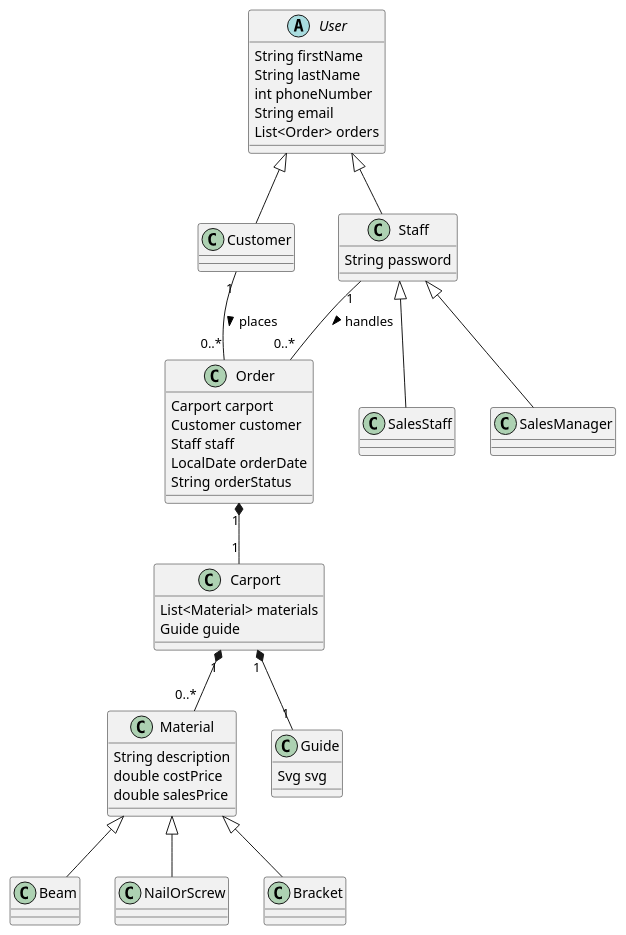
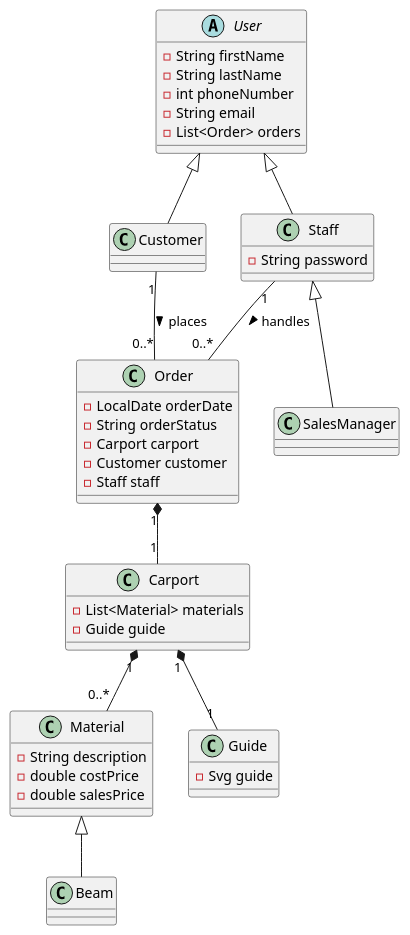
The diagram in docs/diagrams/ClassDiagram.puml (Styrse/Carport), drawn with PlantUML before and after one commit. The commit also changed 4 other files, not shown here.

Commit message:
ERD and Class diagram

```diff
--- a/docs/diagrams/ClassDiagram.puml
+++ b/docs/diagrams/ClassDiagram.puml
@@ -1,53 +1,51 @@
 @startuml
 
 abstract class User {
-  String firstName
-  String lastName
-  int phoneNumber
-  String email
-  List<Order> orders
+  - String firstName
+  - String lastName
+  - int phoneNumber
+  - String email
+  - List<Order> orders
 }
 
 class Customer extends User
 
 class Staff extends User {
-  String password
+  - String password
 }
 
-class SalesStaff extends Staff
 class SalesManager extends Staff
 
+class Order {
+  - LocalDate orderDate
+  - String orderStatus
+  - Carport carport
+  - Customer customer
+  - Staff staff
+}
+
+class Carport {
+  - List<Material> materials
+  - Guide guide
+}
+
 class Material {
-  String description
-  double costPrice
-  double salesPrice
+  - String description
+  - double costPrice
+  - double salesPrice
 }
 
 class Beam extends Material
-class NailOrScrew extends Material
-class Bracket extends Material
 
-class Carport {
-  List<Material> materials
-  Guide guide
+class Guide {
+  - Svg guide
 }
 
-class Order {
-  Carport carport
-  Customer customer
-  Staff staff
-  LocalDate orderDate
-  String orderStatus
-}
-
-class Guide {
-  Svg svg
-}
-
+' Relationships
 Customer "1" -- "0..*" Order : places >
 Staff "1" -- "0..*" Order : handles >
 Order "1" *-- "1" Carport
 Carport "1" *-- "0..*" Material
 Carport "1" *-- "1" Guide
 
 @enduml
```
